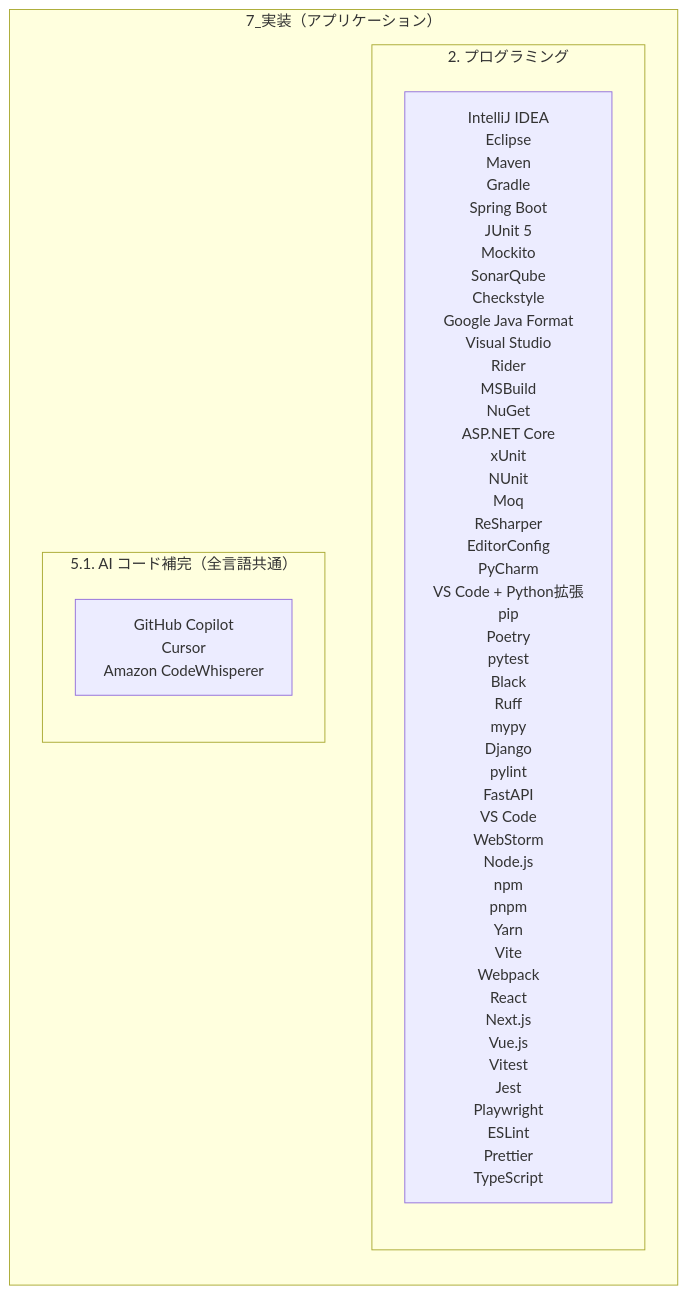
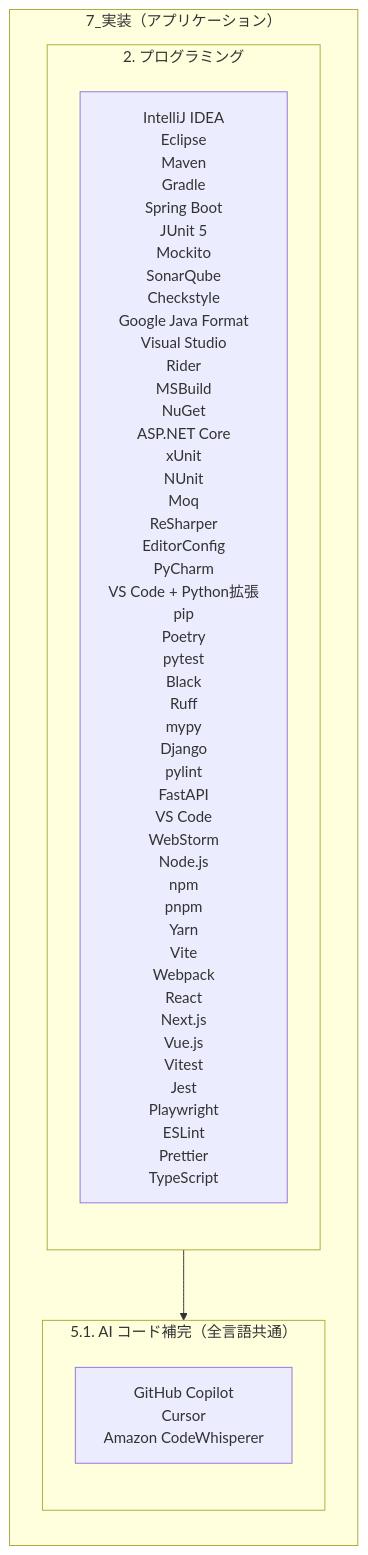
The eighth of 13 diagrams in docs/dev_process_mermaid.md (infinith4/dev-moderndev), drawn with Mermaid before and after one commit. The commit also changed other lines of this file, not shown here.

````diff
--- a/docs/dev_process_mermaid.md
+++ b/docs/dev_process_mermaid.md
@@ -190,15 +212,16 @@
 ```mermaid
 %%{init: {'flowchart': {'htmlLabels': true}}}%%
 flowchart TB
     subgraph P7[7_実装（アプリケーション）]
         direction TB
         subgraph P7s1[2. プログラミング]
             direction TB
             P7s1_t["IntelliJ IDEA<br/>Eclipse<br/>Maven<br/>Gradle<br/>Spring Boot<br/>JUnit 5<br/>Mockito<br/>SonarQube<br/>Checkstyle<br/>Google Java Format<br/>Visual Studio<br/>Rider<br/>MSBuild<br/>NuGet<br/>ASP.NET Core<br/>xUnit<br/>NUnit<br/>Moq<br/>ReSharper<br/>EditorConfig<br/>PyCharm<br/>VS Code + Python拡張<br/>pip<br/>Poetry<br/>pytest<br/>Black<br/>Ruff<br/>mypy<br/>Django<br/>pylint<br/>FastAPI<br/>VS Code<br/>WebStorm<br/>Node.js<br/>npm<br/>pnpm<br/>Yarn<br/>Vite<br/>Webpack<br/>React<br/>Next.js<br/>Vue.js<br/>Vitest<br/>Jest<br/>Playwright<br/>ESLint<br/>Prettier<br/>TypeScript"]
         end
         subgraph P7s2[5.1. AI コード補完（全言語共通）]
             direction TB
             P7s2_t["GitHub Copilot<br/>Cursor<br/>Amazon CodeWhisperer"]
         end
+        P7s1 --> P7s2
     end
 ```
````
